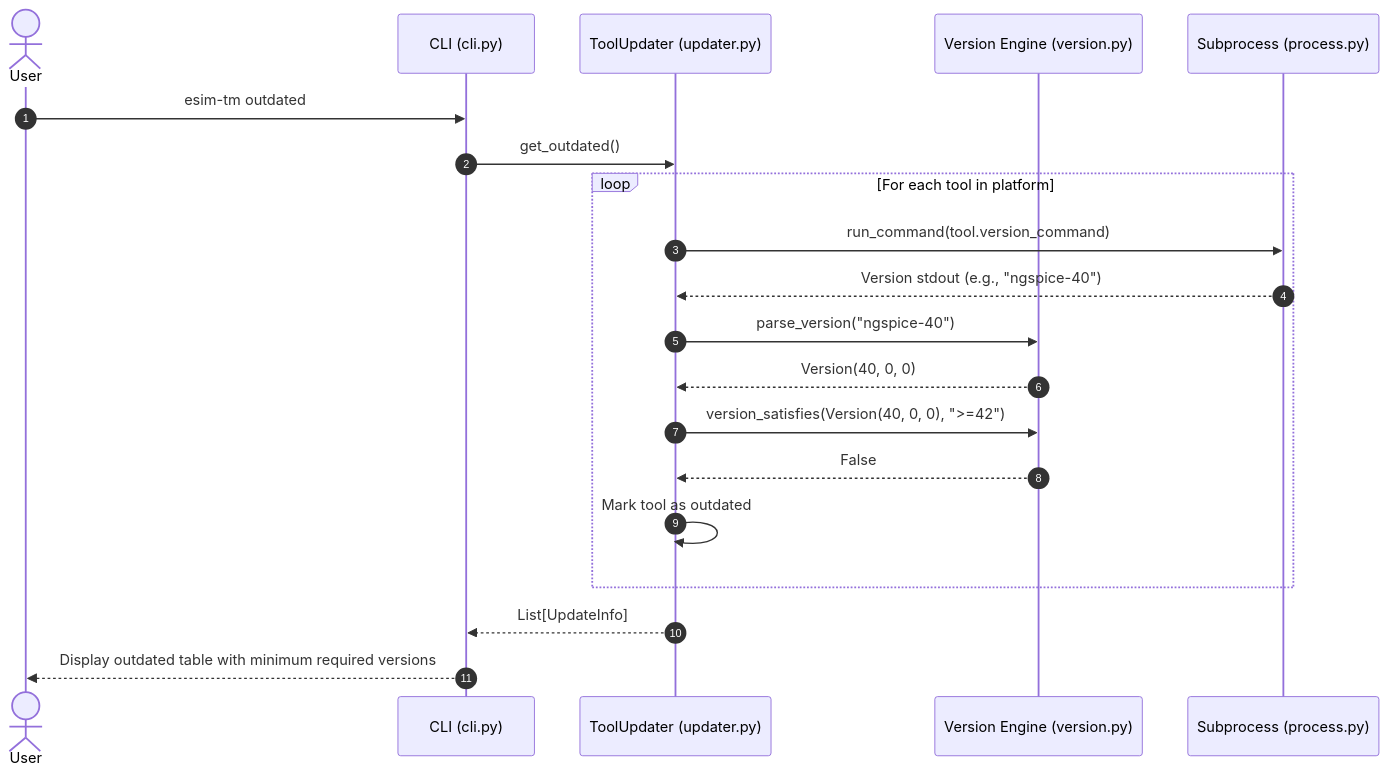
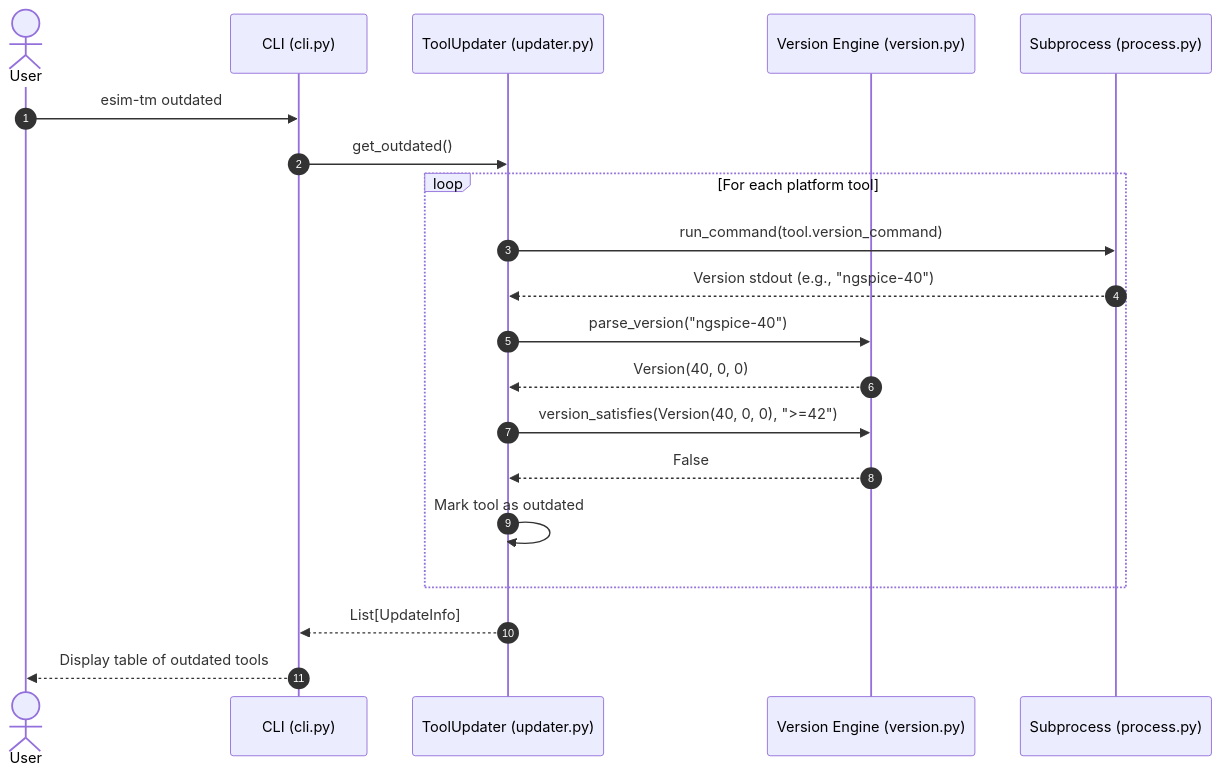
One commit to sharma23Mukul/esim-automated-tool-manager changed the third of 4 diagrams in DESIGN.md. Above: the diagram before and after it, drawn with Mermaid. The commit also changed other lines of this file and 3 other files, not shown here.

Commit message:
docs: refine documentation, architecture diagrams, and demo reference

````diff
--- a/DESIGN.md
+++ b/DESIGN.md
@@ -182,23 +182,23 @@
 ```mermaid
 sequenceDiagram
     autonumber
     actor User
     participant CLI as CLI (cli.py)
     participant Updater as ToolUpdater (updater.py)
     participant VersionUtil as Version Engine (version.py)
     participant Process as Subprocess (process.py)
 
     User->>CLI: esim-tm outdated
     CLI->>Updater: get_outdated()
-    loop For each tool in platform
+    loop For each platform tool
         Updater->>Process: run_command(tool.version_command)
         Process-->>Updater: Version stdout (e.g., "ngspice-40")
         Updater->>VersionUtil: parse_version("ngspice-40")
         VersionUtil-->>Updater: Version(40, 0, 0)
         Updater->>VersionUtil: version_satisfies(Version(40, 0, 0), ">=42")
         VersionUtil-->>Updater: False
         Updater->>Updater: Mark tool as outdated
     end
     Updater-->>CLI: List[UpdateInfo]
-    CLI-->>User: Display outdated table with minimum required versions
+    CLI-->>User: Display table of outdated tools
 ```
````
